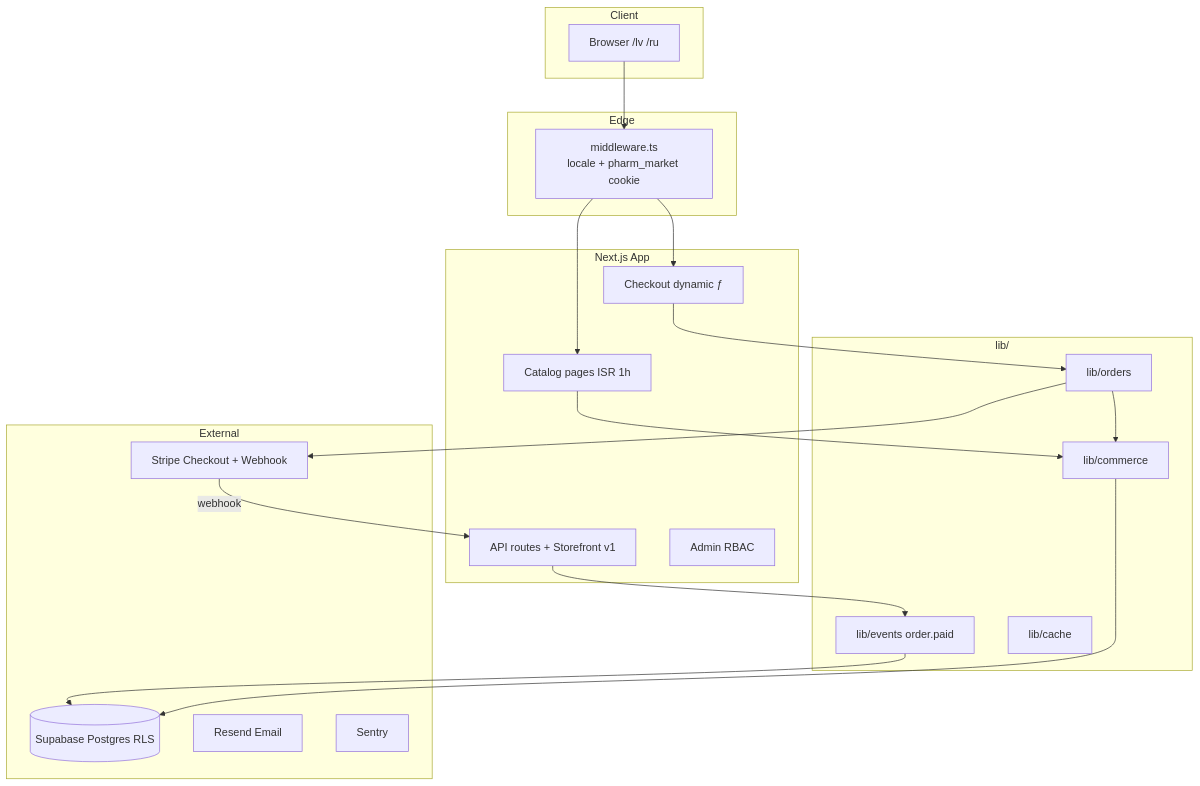
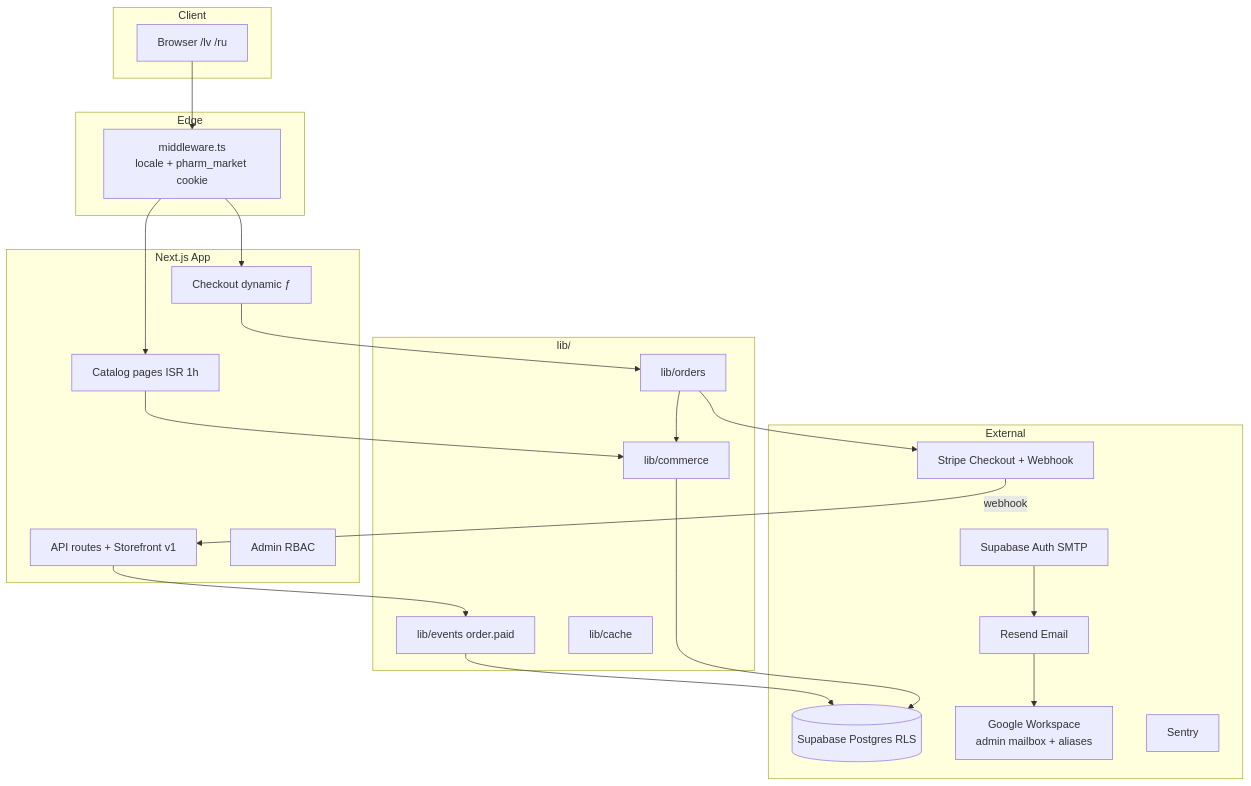
Before and after one commit to GoodNyar/v0-vita-store-to-pharmiperia: the first of 2 diagrams in docs/PROJECT_MAP.md, drawn with Mermaid. The commit also changed other lines of this file and 13 other files, not shown here.

````diff
--- a/docs/PROJECT_MAP.md
+++ b/docs/PROJECT_MAP.md
@@ -9,41 +9,45 @@
 ```mermaid
 flowchart TB
   subgraph client [Client]
     Browser[Browser /lv /ru]
   end
 
   subgraph edge [Edge]
     MW[middleware.ts\nlocale + pharm_market cookie]
   end
 
   subgraph app [Next.js App]
     ISR[Catalog pages ISR 1h]
     Checkout[Checkout dynamic ƒ]
     API[API routes + Storefront v1]
     Admin[Admin RBAC]
   end
 
   subgraph core [lib/]
     Commerce[lib/commerce]
     Orders[lib/orders]
     Events[lib/events order.paid]
     Cache[lib/cache]
   end
 
   subgraph external [External]
     Supabase[(Supabase Postgres RLS)]
     Stripe[Stripe Checkout + Webhook]
     Resend[Resend Email]
+    Workspace[Google Workspace\nadmin mailbox + aliases]
+    AuthMail[Supabase Auth SMTP]
     Sentry[Sentry]
   end
 
   Browser --> MW --> ISR
   MW --> Checkout
   Checkout --> Orders --> Commerce
   Orders --> Stripe
   Stripe -->|webhook| API
   API --> Events
   Events --> Supabase
   Commerce --> Supabase
   ISR --> Commerce
+  Resend --> Workspace
+  AuthMail --> Resend
 ```
````
